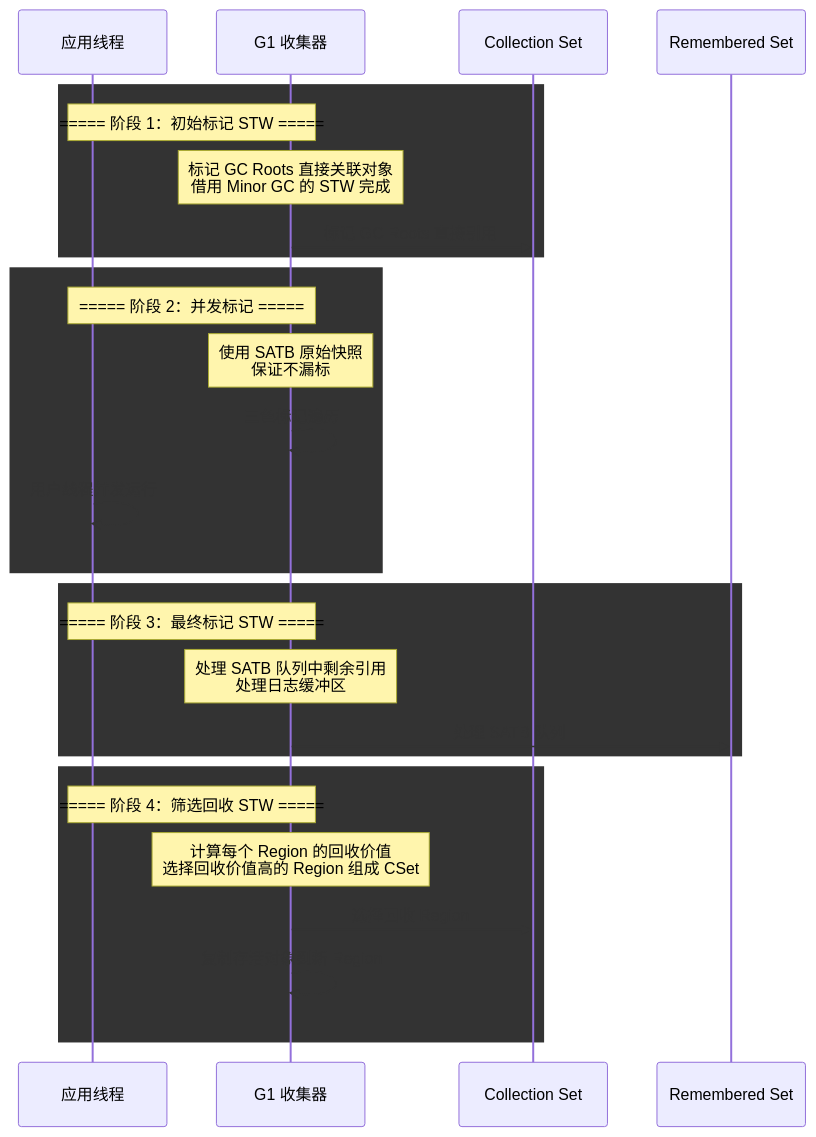
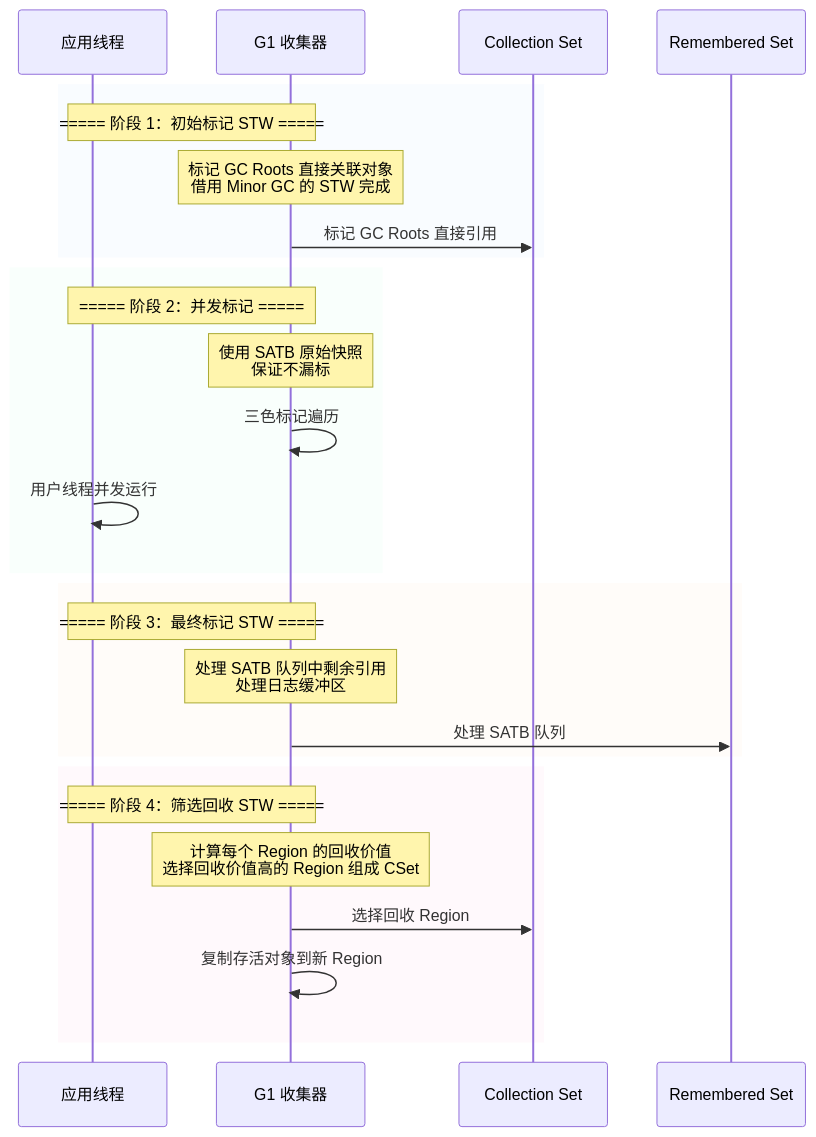
Diagram 24 of 51 in src/content/philes/volume-1/Java-Backend/JVM深度解析.md (AH23333/Blog), drawn with Mermaid before and after one commit. The commit also changed other lines of this file and 17 other files, not shown here.

Commit message:
修复所有已知bug（mermaid渲染、表格识别），添加错误总结经验，暂时保留测试文件，准备考虑优化性能与重构

````diff
--- a/src/content/philes/volume-1/Java-Backend/JVM深度解析.md
+++ b/src/content/philes/volume-1/Java-Backend/JVM深度解析.md
@@ -1080,33 +1084,33 @@
 ```mermaid
 sequenceDiagram
     participant APP as 应用线程
     participant G1 as G1 收集器
     participant CSET as Collection Set
     participant RSET as Remembered Set
 
-    rect rgba【240， 248， 255， 0.4】
+    rect rgba(240, 248, 255, 0.4)
     Note over APP,G1: ===== 阶段 1：初始标记 STW =====
     Note over G1: 标记 GC Roots 直接关联对象<br/>借用 Minor GC 的 STW 完成
     G1->>CSET: 标记 GC Roots 直接引用
     end
 
-    rect rgba【240， 255， 248， 0.4】
+    rect rgba(240, 255, 248, 0.4)
     Note over APP,G1: ===== 阶段 2：并发标记 =====
     Note over G1: 使用 SATB 原始快照<br/>保证不漏标
     G1->>G1: 三色标记遍历
     APP->>APP: 用户线程并发运行
     end
 
-    rect rgba【255， 248， 240， 0.4】
+    rect rgba(255, 248, 240, 0.4)
     Note over APP,G1: ===== 阶段 3：最终标记 STW =====
     Note over G1: 处理 SATB 队列中剩余引用<br/>处理日志缓冲区
     G1->>RSET: 处理 SATB 队列
     end
 
-    rect rgba【255， 240， 248， 0.4】
+    rect rgba(255, 240, 248, 0.4)
     Note over APP,G1: ===== 阶段 4：筛选回收 STW =====
     Note over G1: 计算每个 Region 的回收价值<br/>选择回收价值高的 Region 组成 CSet
     G1->>CSET: 选择回收 Region
     G1->>G1: 复制存活对象到新 Region
     end
 ```
````
